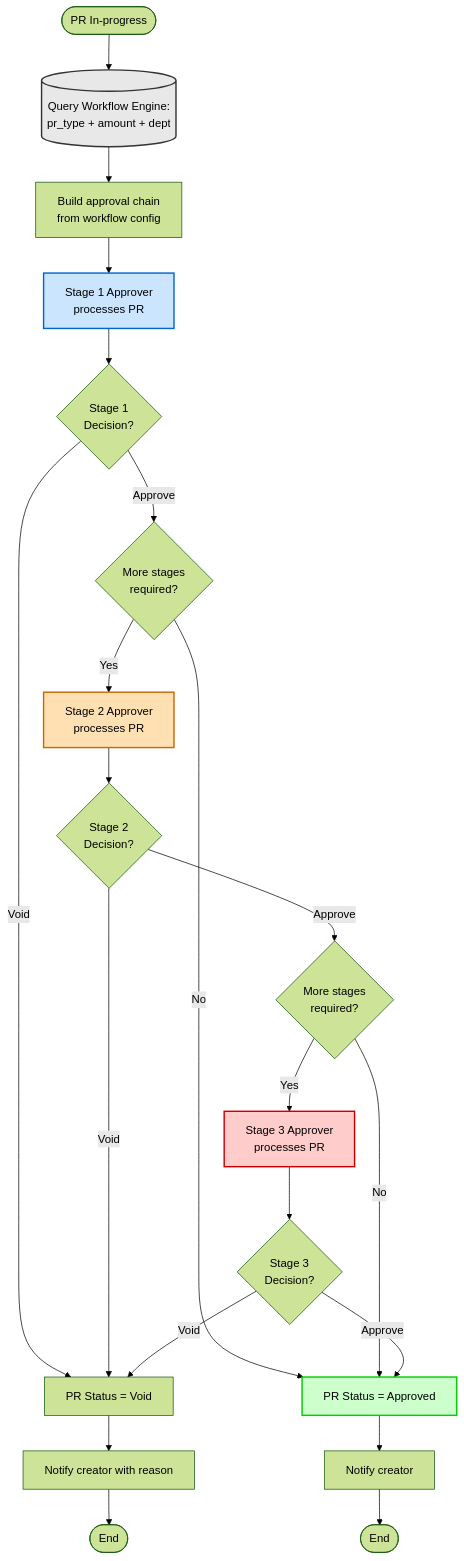
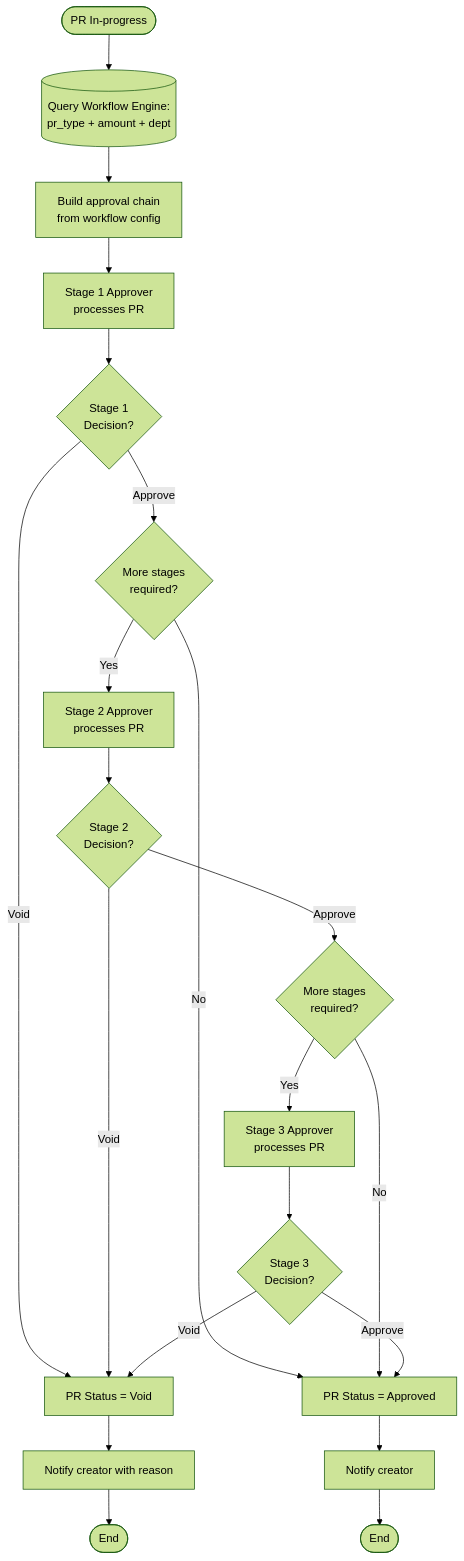
Diagram 46 of 60 in docs/app/procurement/purchase-requests/FD-purchase-requests.md (PeakMNA/carmen), drawn with Mermaid (forest theme) before and after one commit. The commit also changed other lines of this file and 473 other files, not shown here.

````diff
--- a/docs/app/procurement/purchase-requests/FD-purchase-requests.md
+++ b/docs/app/procurement/purchase-requests/FD-purchase-requests.md
@@ -2008,35 +1872,29 @@
 ```mermaid
 flowchart TD
     Start([PR In-progress]) --> GetRules[(Query Workflow Engine:<br>pr_type + amount + dept)]
     GetRules --> BuildChain[Build approval chain<br>from workflow config]
     BuildChain --> Stage1[Stage 1 Approver<br>processes PR]
 
     Stage1 --> Decision1{Stage 1<br>Decision?}
     Decision1 -->|Void| Voided[PR Status = Void]
     Voided --> NotifyCreator1[Notify creator with reason]
     NotifyCreator1 --> End1([End])
 
     Decision1 -->|Approve| CheckMore{More stages<br>required?}
 
     CheckMore -->|No| Approved[PR Status = Approved]
     Approved --> NotifyCreator2[Notify creator]
     NotifyCreator2 --> End2([End])
 
     CheckMore -->|Yes| Stage2[Stage 2 Approver<br>processes PR]
     Stage2 --> Decision2{Stage 2<br>Decision?}
     Decision2 -->|Void| Voided
     Decision2 -->|Approve| CheckMore2{More stages<br>required?}
 
     CheckMore2 -->|No| Approved
     CheckMore2 -->|Yes| Stage3[Stage 3 Approver<br>processes PR]
 
     Stage3 --> Decision3{Stage 3<br>Decision?}
     Decision3 -->|Void| Voided
     Decision3 -->|Approve| Approved
-
-    style Stage1 fill:#cce5ff,stroke:#0066cc,stroke-width:2px
-    style Stage2 fill:#ffe0b3,stroke:#cc6600,stroke-width:2px
-    style Stage3 fill:#ffcccc,stroke:#cc0000,stroke-width:2px
-    style GetRules fill:#e8e8e8,stroke:#333,stroke-width:2px
-    style Approved fill:#ccffcc,stroke:#00cc00,stroke-width:2px
 ```
````
